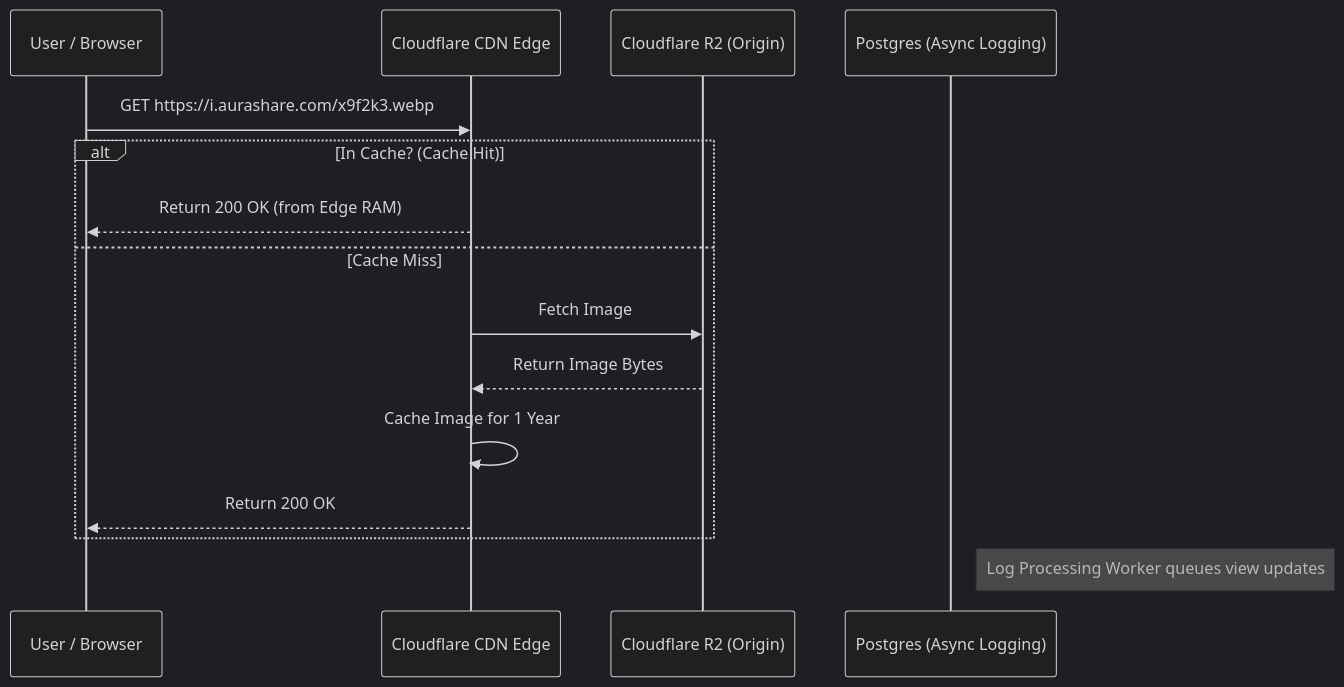
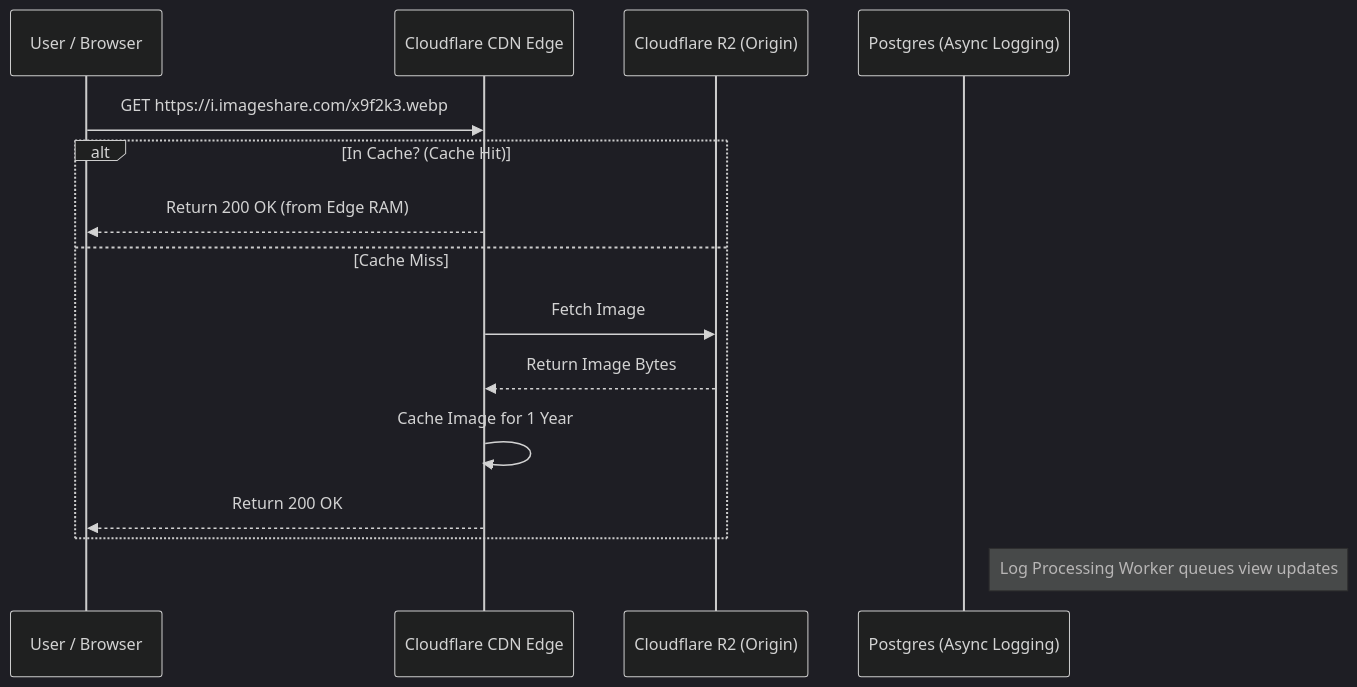
Before and after one commit to Rajuyadav112/ImageShare: the third of 3 diagrams in docs/architecture/system_design.md, drawn with Mermaid (dark theme). The commit also changed other lines of this file and 3 other files, not shown here.

````diff
--- a/docs/architecture/system_design.md
+++ b/docs/architecture/system_design.md
@@ -66,20 +66,20 @@
 ```mermaid
 sequenceDiagram
     participant U as User / Browser
     participant Edge as Cloudflare CDN Edge
     participant Origin as Cloudflare R2 (Origin)
     participant DB as Postgres (Async Logging)
     
-    U->>Edge: GET https://i.aurashare.com/x9f2k3.webp
+    U->>Edge: GET https://i.imageshare.com/x9f2k3.webp
     alt In Cache? (Cache Hit)
         Edge-->>U: Return 200 OK (from Edge RAM)
     else Cache Miss
         Edge->>Origin: Fetch Image
         Origin-->>Edge: Return Image Bytes
         Edge->>Edge: Cache Image for 1 Year
         Edge-->>U: Return 200 OK
     end
     
     %% Async view count update
     Note right of DB: Log Processing Worker queues view updates
 ```
````
